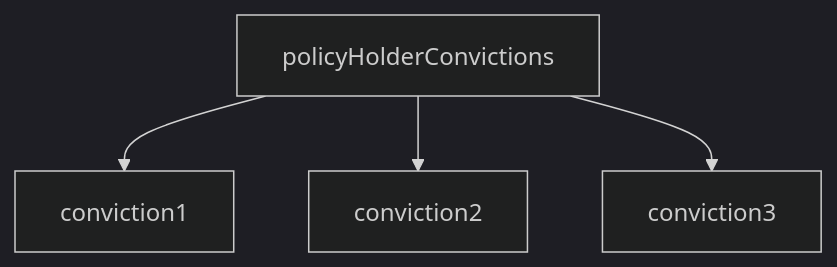
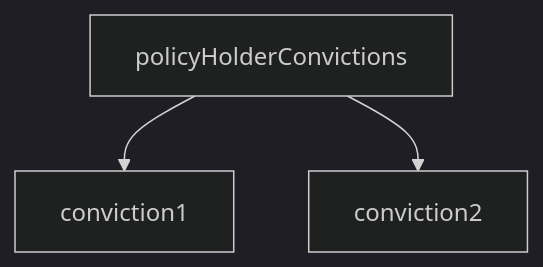
One commit to vijaytomar81/AZOnline changed the fifth of 6 diagrams in src/data/README.md. Above: the diagram before and after it, drawn with Mermaid (dark theme). The commit also changed other lines of this file and 10 other files, not shown here.

````diff
--- a/src/data/README.md
+++ b/src/data/README.md
@@ -372,6 +225,5 @@
 ```mermaid
 flowchart TD
     A[policyHolderConvictions] --> B[conviction1]
     A --> C[conviction2]
-    A --> D[conviction3]
 ```
````
